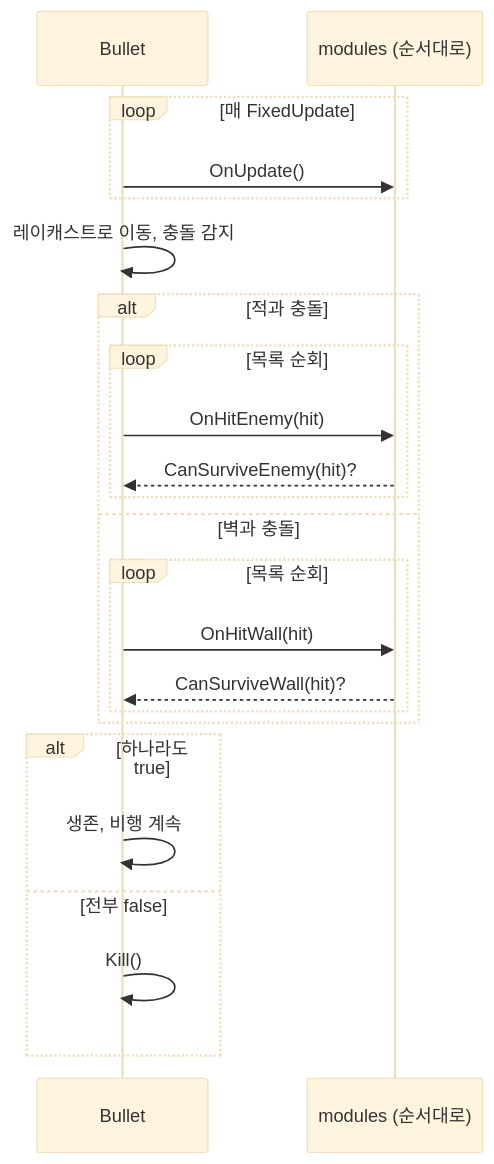
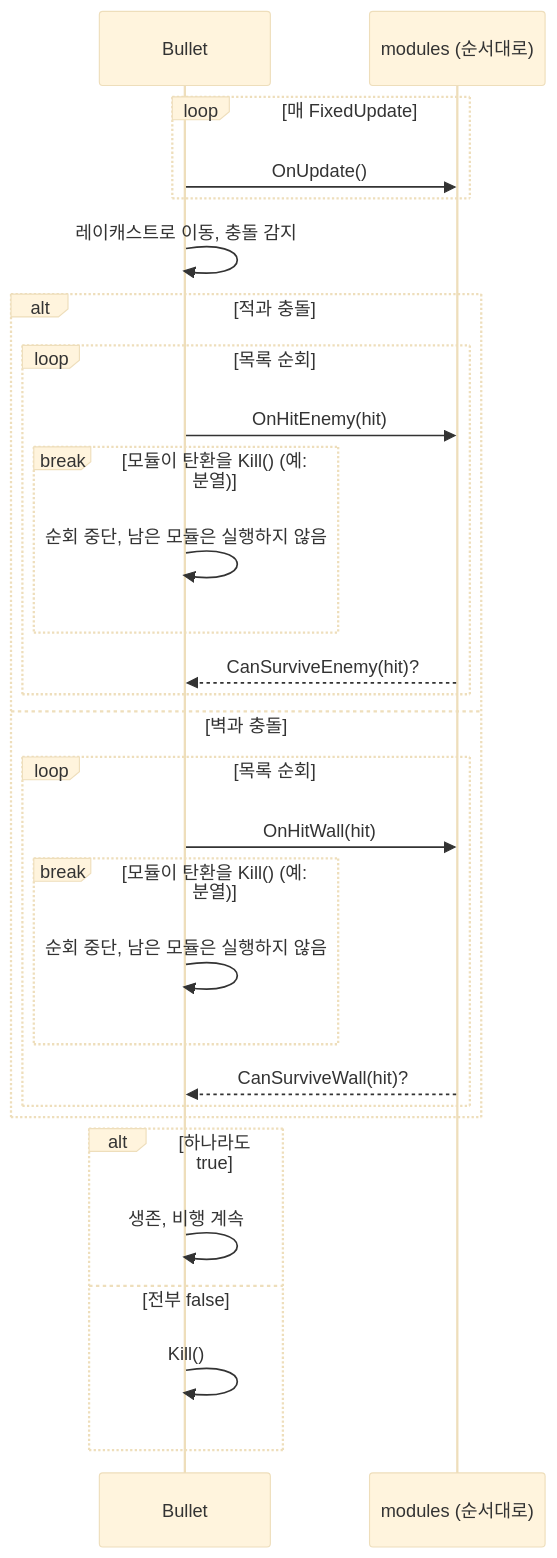
The fourth of 5 diagrams in src/1-Bullet-Module/기술문서.md (parksooha102-ai/portfolio), drawn with Mermaid (base theme) before and after one commit. The commit also changed other lines of this file and 9 other files, not shown here.

````diff
--- a/src/1-Bullet-Module/기술문서.md
+++ b/src/1-Bullet-Module/기술문서.md
@@ -291,29 +308,35 @@
 ```mermaid
 sequenceDiagram
     participant B as Bullet
     participant M as modules (순서대로)
 
     loop 매 FixedUpdate
         B->>M: OnUpdate()
     end
 
     B->>B: 레이캐스트로 이동, 충돌 감지
 
     alt 적과 충돌
         loop 목록 순회
             B->>M: OnHitEnemy(hit)
+            break 모듈이 탄환을 Kill() (예: 분열)
+                B->>B: 순회 중단, 남은 모듈은 실행하지 않음
+            end
             M-->>B: CanSurviveEnemy(hit)?
         end
     else 벽과 충돌
         loop 목록 순회
             B->>M: OnHitWall(hit)
+            break 모듈이 탄환을 Kill() (예: 분열)
+                B->>B: 순회 중단, 남은 모듈은 실행하지 않음
+            end
             M-->>B: CanSurviveWall(hit)?
         end
     end
 
     alt 하나라도 true
         B->>B: 생존, 비행 계속
     else 전부 false
         B->>B: Kill()
     end
 ```
````
